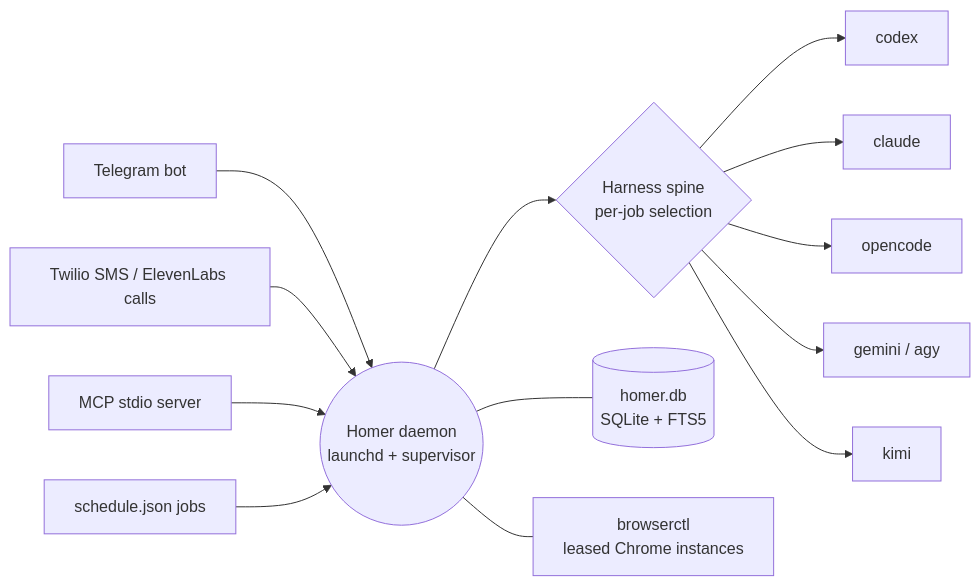
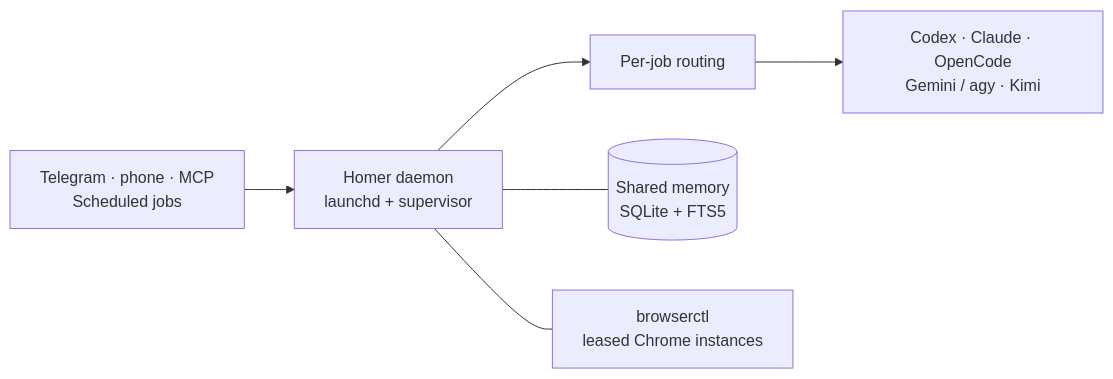
Before and after one commit to Yanqing-Jiang/homer: the diagram in README.md, drawn with Mermaid.

Commit message:
docs: keep architecture diagrams readable at default zoom

````diff
--- a/README.md
+++ b/README.md
@@ -22,15 +22,8 @@
 ```mermaid
 flowchart LR
-  TG[Telegram bot] --> D
-  PH[Twilio SMS / ElevenLabs calls] --> D
-  MCP[MCP stdio server] --> D
-  CRON["schedule.json jobs"] --> D
-  D(("Homer daemon<br/>launchd + supervisor")) --> H{"Harness spine<br/>per-job selection"}
-  H --> C1[codex]
-  H --> C2[claude]
-  H --> C3[opencode]
-  H --> C4[gemini / agy]
-  H --> C5[kimi]
-  D --- DB[("homer.db<br/>SQLite + FTS5")]
+  IN["Telegram · phone · MCP<br/>Scheduled jobs"] --> D["Homer daemon<br/>launchd + supervisor"]
+  D --> H["Per-job routing"]
+  H --> CL["Codex · Claude · OpenCode<br/>Gemini / agy · Kimi"]
+  D --- DB[("Shared memory<br/>SQLite + FTS5")]
   D --- BR["browserctl<br/>leased Chrome instances"]
 ```
````
